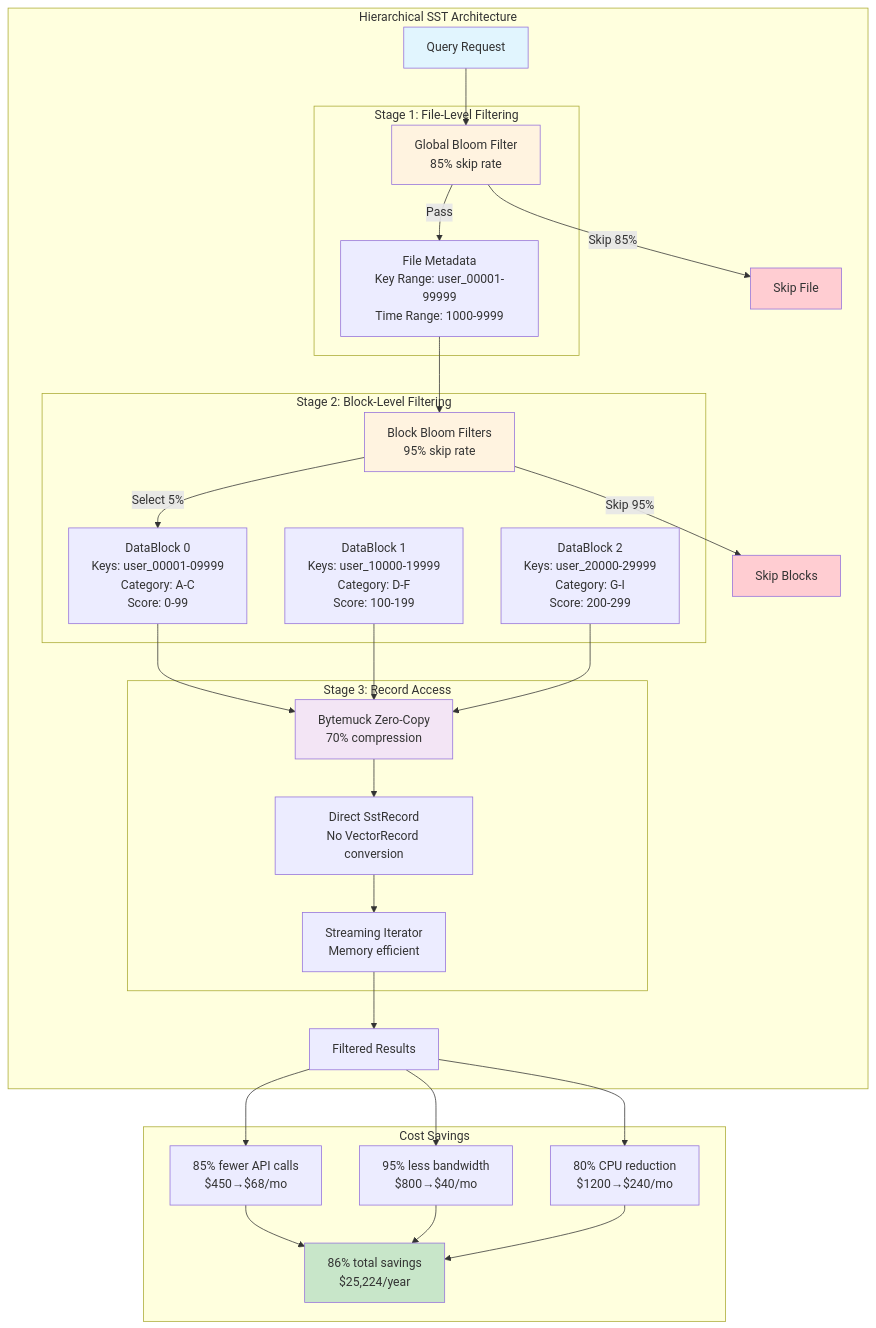
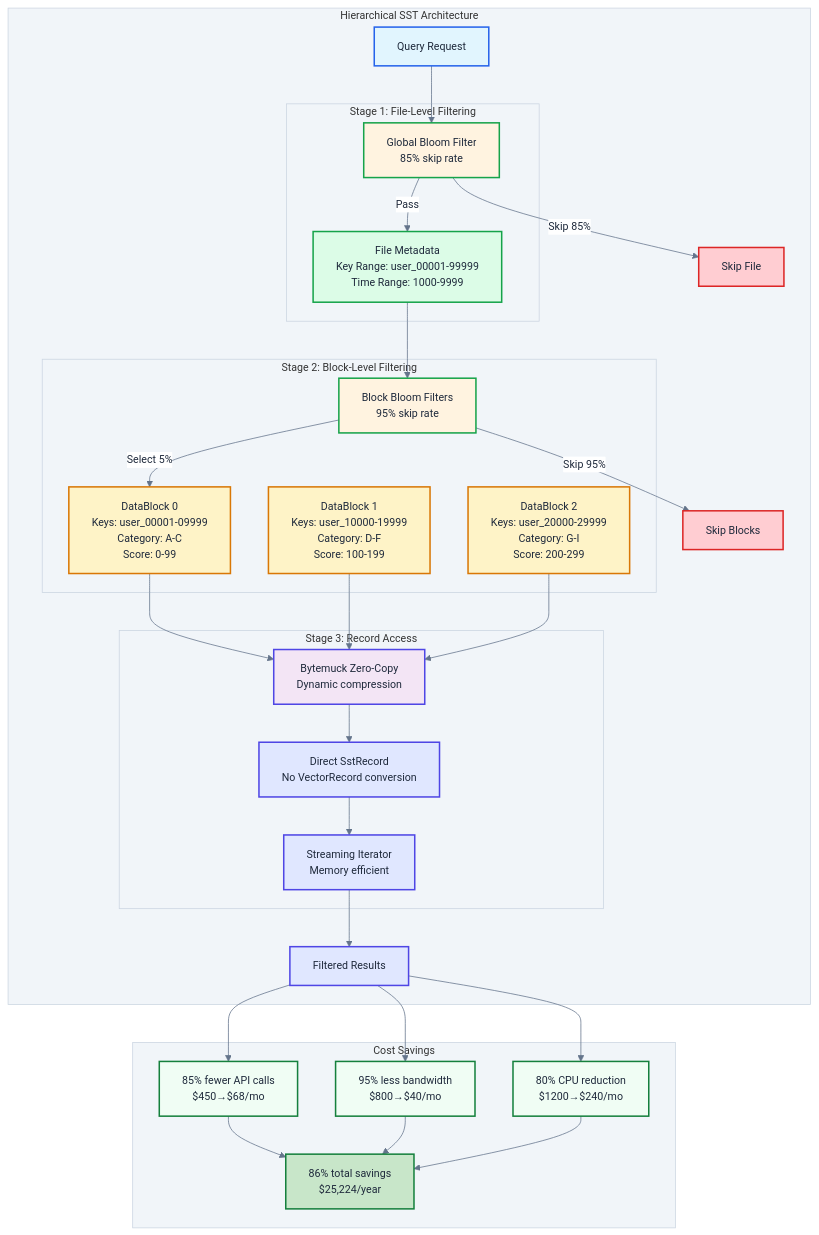
The diagram in docs/diagrams/hierarchical-sst-architecture.mmd (vjsingh1984/proximaDB), drawn with Mermaid before and after one commit. The commit also changed 14 other files, not shown here.

First line of the commit message:
docs: consolidate and update architecture diagrams

```diff
--- a/docs/diagrams/hierarchical-sst-architecture.mmd
+++ b/docs/diagrams/hierarchical-sst-architecture.mmd
@@ -1,60 +1,77 @@
+%%{init: {"theme":"neutral", "themeVariables": {"primaryColor":"#2563eb","primaryTextColor":"#ffffff","primaryBorderColor":"#1e40af","lineColor":"#64748b","secondaryColor":"#10b981","secondaryTextColor":"#ffffff","tertiaryColor":"#f59e0b","tertiaryTextColor":"#ffffff","background":"transparent","mainBkg":"#ffffff","secondBkg":"#f8fafc","textColor":"#1e293b","nodeTextColor":"#1e293b","fontFamily":"-apple-system, BlinkMacSystemFont, Segoe UI, Roboto, sans-serif","fontSize":"14px","clusterBkg":"#f1f5f9","clusterBorder":"#cbd5e1","edgeLabelBackground":"#ffffff"}}}%%
+
 graph TB
     subgraph "Hierarchical SST Architecture"
         Query[Query Request]
         
         subgraph "Stage 1: File-Level Filtering"
             FileBloom[Global Bloom Filter<br/>85% skip rate]
             FileMeta[File Metadata<br/>Key Range: user_00001-99999<br/>Time Range: 1000-9999]
         end
         
         subgraph "Stage 2: Block-Level Filtering"
             Block0[DataBlock 0<br/>Keys: user_00001-09999<br/>Category: A-C<br/>Score: 0-99]
             Block1[DataBlock 1<br/>Keys: user_10000-19999<br/>Category: D-F<br/>Score: 100-199]
             Block2[DataBlock 2<br/>Keys: user_20000-29999<br/>Category: G-I<br/>Score: 200-299]
             BlockBloom[Block Bloom Filters<br/>95% skip rate]
         end
         
         subgraph "Stage 3: Record Access"
-            Bytemuck[Bytemuck Zero-Copy<br/>70% compression]
+            Bytemuck[Bytemuck Zero-Copy<br/>Dynamic compression]
             DirectAccess[Direct SstRecord<br/>No VectorRecord conversion]
             Streaming[Streaming Iterator<br/>Memory efficient]
         end
         
         Query --> FileBloom
         FileBloom -->|Pass| FileMeta
         FileBloom -->|Skip 85%| Skip1[Skip File]
         
         FileMeta --> BlockBloom
         BlockBloom -->|Select 5%| Block0
         BlockBloom -->|Skip 95%| Skip2[Skip Blocks]
         
         Block0 --> Bytemuck
         Block1 --> Bytemuck
         Block2 --> Bytemuck
         
         Bytemuck --> DirectAccess
         DirectAccess --> Streaming
         Streaming --> Result[Filtered Results]
     end
     
     subgraph "Cost Savings"
         API[85% fewer API calls<br/>$450→$68/mo]
         Bandwidth[95% less bandwidth<br/>$800→$40/mo]
         CPU[80% CPU reduction<br/>$1200→$240/mo]
         Total[86% total savings<br/>$25,224/year]
     end
     
     Result --> API
     Result --> Bandwidth
     Result --> CPU
     API --> Total
+    
+    %% Professional styling
+    classDef queryClass fill:#dbeafe,stroke:#2563eb,stroke-width:2px,color:#1e293b
+    classDef filterClass fill:#dcfce7,stroke:#16a34a,stroke-width:2px,color:#1e293b
+    classDef blockClass fill:#fef3c7,stroke:#d97706,stroke-width:2px,color:#1e293b
+    classDef accessClass fill:#e0e7ff,stroke:#4f46e5,stroke-width:2px,color:#1e293b
+    classDef savingsClass fill:#f0fdf4,stroke:#15803d,stroke-width:2px,color:#1e293b
+    classDef skipClass fill:#fee2e2,stroke:#dc2626,stroke-width:2px,color:#1e293b
+    
+    class Query queryClass
+    class FileBloom,FileMeta,BlockBloom filterClass
+    class Block0,Block1,Block2 blockClass
+    class Bytemuck,DirectAccess,Streaming,Result accessClass
+    class API,Bandwidth,CPU,Total savingsClass
+    class Skip1,Skip2 skipClass
     Bandwidth --> Total
     CPU --> Total
     
     style Query fill:#e1f5fe
     style FileBloom fill:#fff3e0
     style BlockBloom fill:#fff3e0
     style Bytemuck fill:#f3e5f5
     style Total fill:#c8e6c9
     style Skip1 fill:#ffcdd2
     style Skip2 fill:#ffcdd2
```
